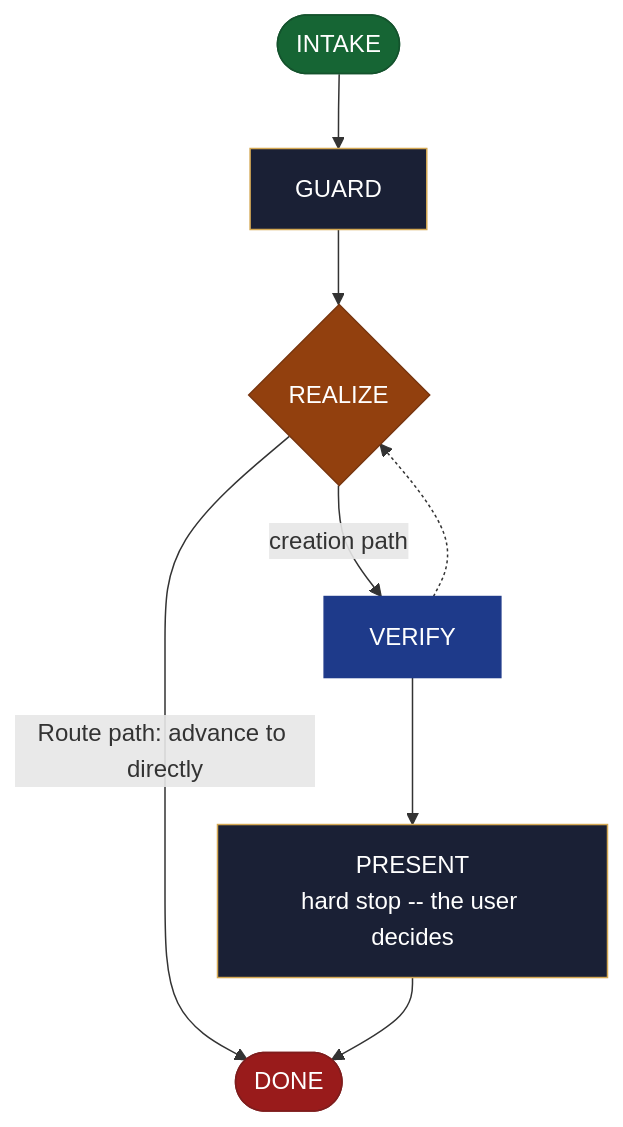
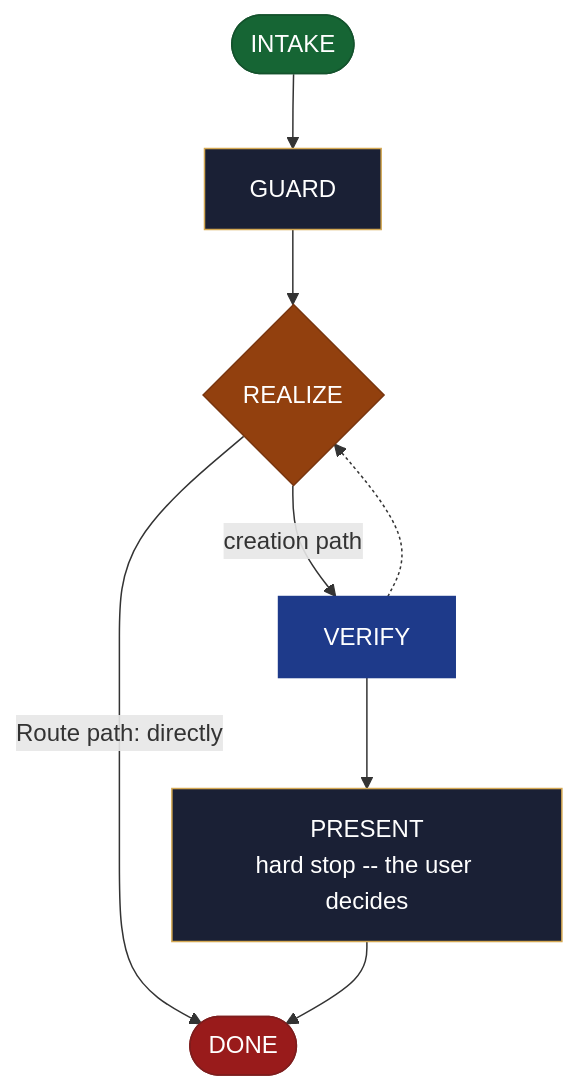
Before and after one commit to AndreVianna/aid-methodology: the diagram in site/src/content/docs/skills/aid-create-mvp.md, drawn with Mermaid. The commit also changed other lines of this file and 41 other files, not shown here.

````diff
--- a/site/src/content/docs/skills/aid-create-mvp.md
+++ b/site/src/content/docs/skills/aid-create-mvp.md
@@ -20,34 +20,34 @@
 ```mermaid
 flowchart TB
   classDef aidNode color:#fff
   classDef aidEntry fill:#166534,stroke:#14532d,color:#fff
   classDef aidExit fill:#991b1b,stroke:#7f1d1d,color:#fff
   classDef aidDecision fill:#92400e,stroke:#78350f,color:#fff
   classDef aidLoopBack fill:#1e3a8a,stroke:#1e3a8a,color:#fff
   classDef aidStep fill:#1a2035,stroke:#d4a853,color:#f1f5f9
   n1(["INTAKE"])
   n2["GUARD"]
   n3{"REALIZE"}
   n4["VERIFY"]
   n5["PRESENT<br/>hard stop -- the user decides"]
   n6(["DONE"])
   n1 --> n2
   n2 --> n3
   n3 -->|"creation path"| n4
-  n3 -->|"Route path: advance to directly"| n6
+  n3 -->|"Route path: directly"| n6
   n4 -.-> n3
   n4 --> n5
   n5 --> n6
   class n1 aidEntry
   class n2 aidStep
   class n3 aidDecision
   class n4 aidLoopBack
   class n5 aidStep
   class n6 aidExit
   class n1 aidNode
   class n2 aidNode
   class n3 aidNode
   class n4 aidNode
   class n5 aidNode
   class n6 aidNode
 ```
````
